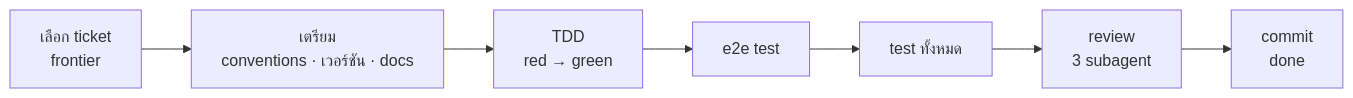
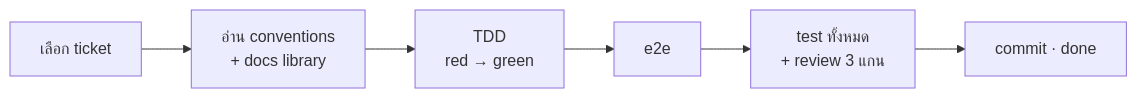
One commit to mousemouse094526/kiki-kit changed the fifth of 8 diagrams in docs/flow.th.md. Above: the diagram before and after it, drawn with Mermaid. The commit also changed other lines of this file and 4 other files, not shown here.

First line of the commit message:
docs(flow): rewrite for the single upstream gate; trim build references

````diff
--- a/docs/flow.th.md
+++ b/docs/flow.th.md
@@ -171,12 +131,11 @@
 ```mermaid
 flowchart LR
-    P["เลือก ticket<br/>frontier"]
-    CX["เตรียม<br/>conventions · เวอร์ชัน · docs"]
+    P["เลือก ticket"]
+    CX["อ่าน conventions<br/>+ docs library"]
     TDD["TDD<br/>red → green"]
-    E2E["e2e test"]
-    FS["test ทั้งหมด"]
-    RV["review<br/>3 subagent"]
-    CM["commit<br/>done"]
+    E2E["e2e"]
+    RV["test ทั้งหมด<br/>+ review 3 แกน"]
+    CM["commit · done"]
 
-    P --> CX --> TDD --> E2E --> FS --> RV --> CM
+    P --> CX --> TDD --> E2E --> RV --> CM
 ```
````
